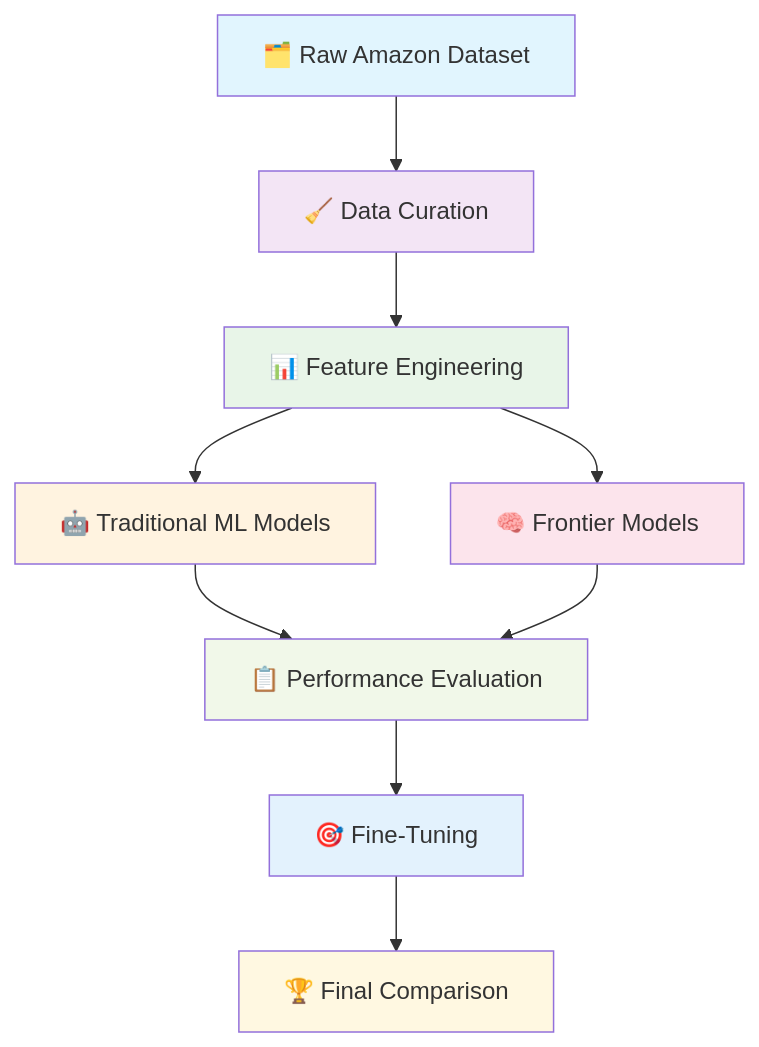
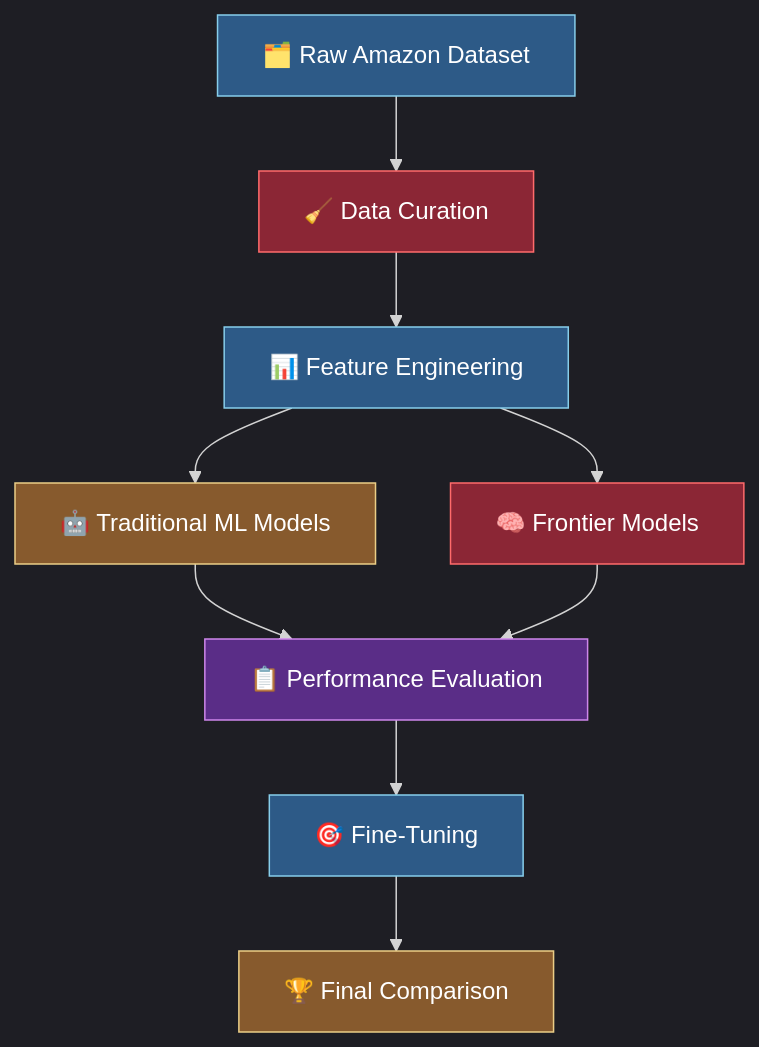
One commit to Jai-Keshav-Sharma/LLM-Engineering changed the first of 7 diagrams in 6_fine_tuning_frontier/README.md. Above: the diagram before and after it, drawn with Mermaid. The commit also changed other lines of this file, not shown here.

````diff
--- a/6_fine_tuning_frontier/README.md
+++ b/6_fine_tuning_frontier/README.md
@@ -22,20 +22,21 @@
 ```mermaid
+%%{init: {'theme':'dark'}}%%
 graph TD
     A[🗂️ Raw Amazon Dataset] --> B[🧹 Data Curation]
     B --> C[📊 Feature Engineering]
     C --> D[🤖 Traditional ML Models]
     C --> E[🧠 Frontier Models]
     D --> F[📋 Performance Evaluation]
     E --> F
     F --> G[🎯 Fine-Tuning]
     G --> H[🏆 Final Comparison]
     
-    style A fill:#e1f5fe
-    style B fill:#f3e5f5
-    style C fill:#e8f5e8
-    style D fill:#fff3e0
-    style E fill:#fce4ec
-    style F fill:#f1f8e9
-    style G fill:#e3f2fd
-    style H fill:#fff8e1
+    style A fill:#2d5a87,stroke:#87ceeb,color:#fff
+    style B fill:#8b2635,stroke:#ff6b6b,color:#fff
+    style C fill:#2d5a87,stroke:#87ceeb,color:#fff
+    style D fill:#875a2d,stroke:#ebce87,color:#fff
+    style E fill:#8b2635,stroke:#ff6b6b,color:#fff
+    style F fill:#5a2d87,stroke:#ce87eb,color:#fff
+    style G fill:#2d5a87,stroke:#87ceeb,color:#fff
+    style H fill:#875a2d,stroke:#ebce87,color:#fff
 ```
````
